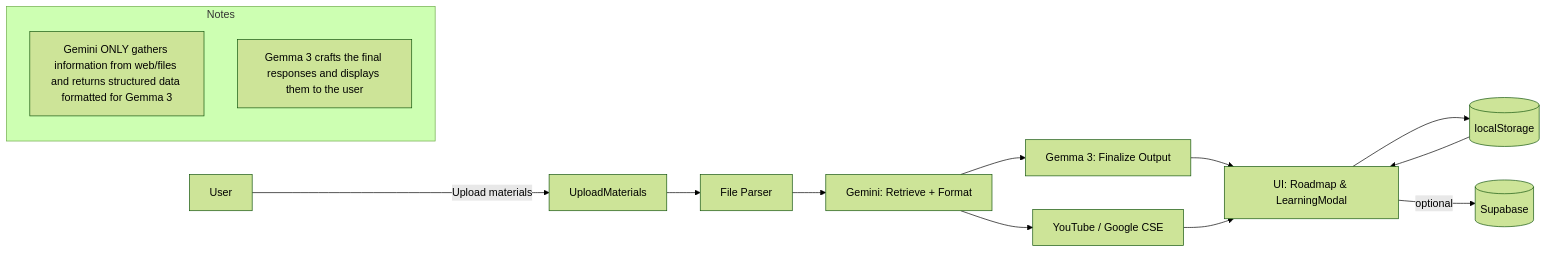
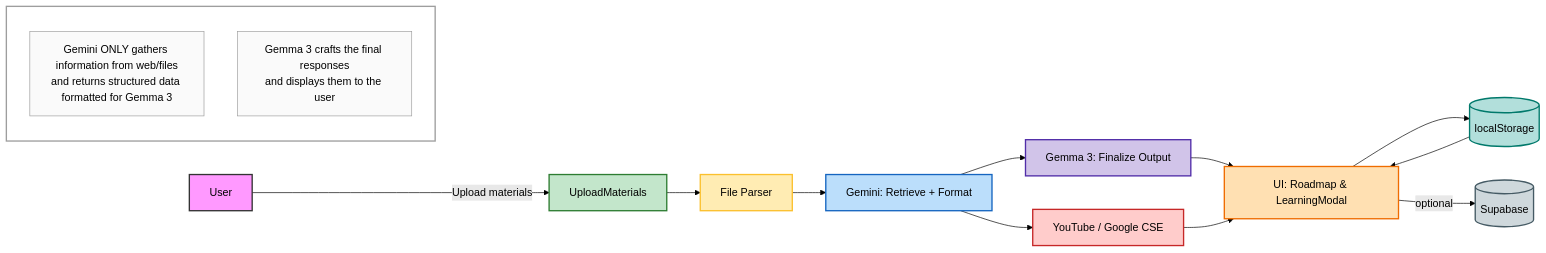
Before and after one commit to jaiaadhithya/questly: the first of 2 diagrams in ARCHITECTURE.md, drawn with Mermaid (forest theme). The commit also changed other lines of this file, not shown here.

Commit message:
Revise architecture overview and data flow details
Updated architecture document to clarify components, data flow, and environment configuration.

````diff
--- a/ARCHITECTURE.md
+++ b/ARCHITECTURE.md
@@ -22,20 +26,32 @@
 ```mermaid
 flowchart LR
-  U[User] -->|Upload materials| UP[UploadMaterials]
-  UP --> FP[File Parser]
-  FP --> GMI[Gemini: Retrieve + Format]
-  GMI --> GEMMA[Gemma 3: Finalize Output]
-  GEMMA --> UI[UI: Roadmap & LearningModal]
-
-  GMI --> YT[YouTube / Google CSE]
-  YT --> UI
-
-  UI --> LS[(localStorage)]
-  LS --> UI
-  UI -->|optional| SB[(Supabase)]
-
-  subgraph Notes
-    note1[Gemini ONLY gathers information from web/files and returns structured data formatted for Gemma 3]
-    note2[Gemma 3 crafts the final responses and displays them to the user]
-  end
+    U[User] -->|Upload materials| UP[UploadMaterials]
+    UP --> FP[File Parser]
+    FP --> GMI[Gemini: Retrieve + Format]
+    GMI --> GEMMA[Gemma 3: Finalize Output]
+    GEMMA --> UI[UI: Roadmap & LearningModal]
+    GMI --> YT[YouTube / Google CSE]
+    YT --> UI
+    UI --> LS[(localStorage)]
+    LS --> UI
+    UI -->|optional| SB[(Supabase)]
+    
+    subgraph Notes[" "]
+        note1["Gemini ONLY gathers information from web/files<br/>and returns structured data formatted for Gemma 3"]
+        note2["Gemma 3 crafts the final responses<br/>and displays them to the user"]
+    end
+    
+    %% Node Colors
+    style U fill:#f9f,stroke:#333,stroke-width:2px,color:#000
+    style UP fill:#c3e6cb,stroke:#2e7d32,stroke-width:2px,color:#000
+    style FP fill:#ffecb3,stroke:#fbc02d,stroke-width:2px,color:#000
+    style GMI fill:#bbdefb,stroke:#1565c0,stroke-width:2px,color:#000
+    style GEMMA fill:#d1c4e9,stroke:#512da8,stroke-width:2px,color:#000
+    style UI fill:#ffe0b2,stroke:#ef6c00,stroke-width:2px,color:#000
+    style LS fill:#b2dfdb,stroke:#00796b,stroke-width:2px,color:#000
+    style SB fill:#cfd8dc,stroke:#455a64,stroke-width:2px,color:#000
+    style YT fill:#ffcccb,stroke:#c62828,stroke-width:2px,color:#000
+    style Notes fill:#fff,stroke:#9e9e9e,stroke-width:2px
+    style note1 fill:#fafafa,stroke:#9e9e9e,stroke-width:1px,color:#000
+    style note2 fill:#fafafa,stroke:#9e9e9e,stroke-width:1px,color:#000
 ```
````
